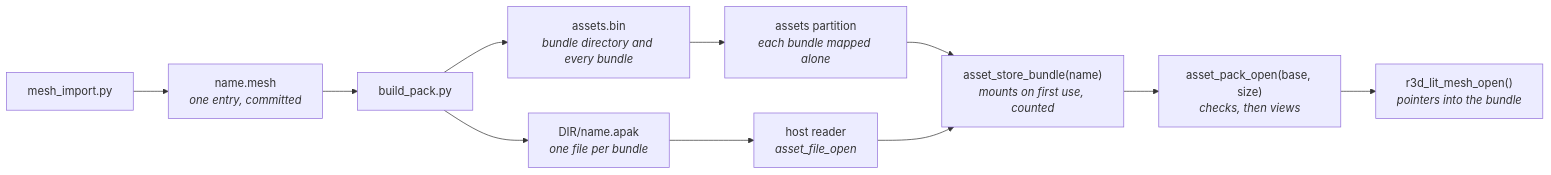
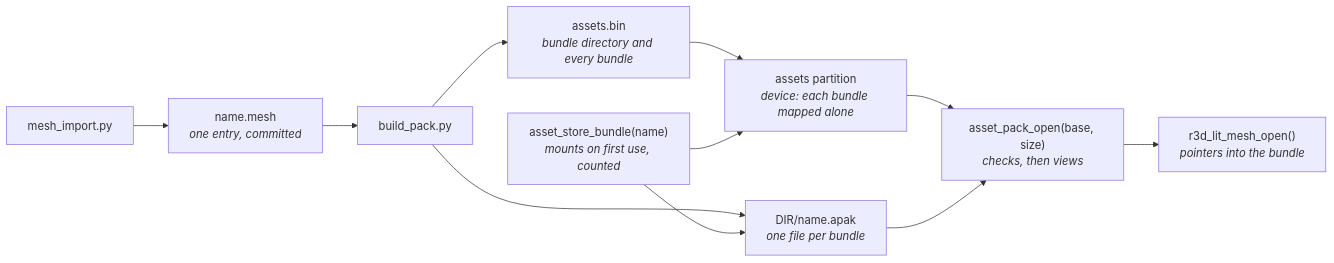
One commit to jose-villegas/autana changed the diagram in docs/assets/README.md. Above: the diagram before and after it, drawn with Mermaid. The commit also changed 5 other files, not shown here.

Commit message:
asset: private byte reader, keep the directory mapping's handle, diagram follows the calls

````diff
--- a/docs/assets/README.md
+++ b/docs/assets/README.md
@@ -10,13 +10,13 @@
 ```mermaid
 flowchart LR
     Import["mesh_import.py"] --> Entry["name.mesh<br/><i>one entry, committed</i>"]
     Entry --> Build["build_pack.py"]
     Build --> Files["DIR/name.apak<br/><i>one file per bundle</i>"]
     Build --> Image["assets.bin<br/><i>bundle directory and every bundle</i>"]
-    Image --> Flash["assets partition<br/><i>each bundle mapped alone</i>"]
-    Files --> Host["host reader<br/><i>asset_file_open</i>"]
-    Flash --> Store["asset_store_bundle(name)<br/><i>mounts on first use, counted</i>"]
-    Host --> Store
-    Store --> Open["asset_pack_open(base, size)<br/><i>checks, then views</i>"]
+    Image --> Flash["assets partition<br/><i>device: each bundle mapped alone</i>"]
+    Store["asset_store_bundle(name)<br/><i>mounts on first use, counted</i>"] --> Flash
+    Store --> Files
+    Flash --> Open["asset_pack_open(base, size)<br/><i>checks, then views</i>"]
+    Files --> Open
     Open --> View["r3d_lit_mesh_open()<br/><i>pointers into the bundle</i>"]
 ```
````
